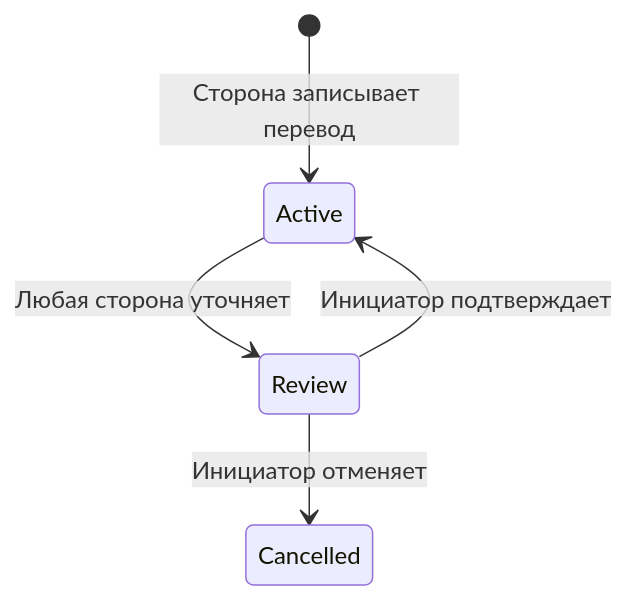
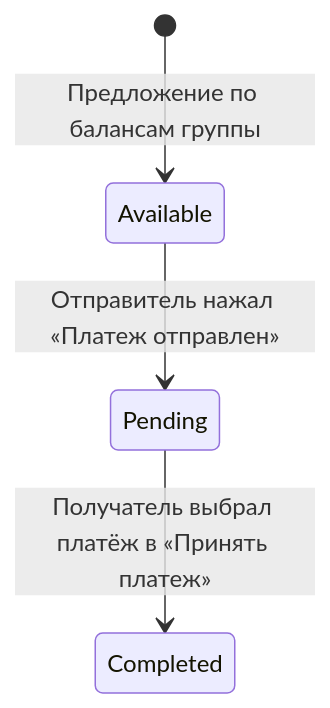
The third of 3 diagrams in docs/UI_FLOW_REVIEW.md (Romamor/tennis-split-bot), drawn with Mermaid before and after one commit. The commit also changed other lines of this file and 27 other files, not shown here.

Commit message:
Implement recipient-confirmed finance flow and reduce UI reads

````diff
--- a/docs/UI_FLOW_REVIEW.md
+++ b/docs/UI_FLOW_REVIEW.md
@@ -86,7 +89,6 @@
 ```mermaid
 stateDiagram-v2
-    [*] --> Active: Сторона записывает перевод
-    Active --> Review: Любая сторона уточняет
-    Review --> Active: Инициатор подтверждает
-    Review --> Cancelled: Инициатор отменяет
+    [*] --> Available: Предложение по балансам группы
+    Available --> Pending: Отправитель нажал «Платеж отправлен»
+    Pending --> Completed: Получатель выбрал платёж в «Принять платеж»
 ```
````
